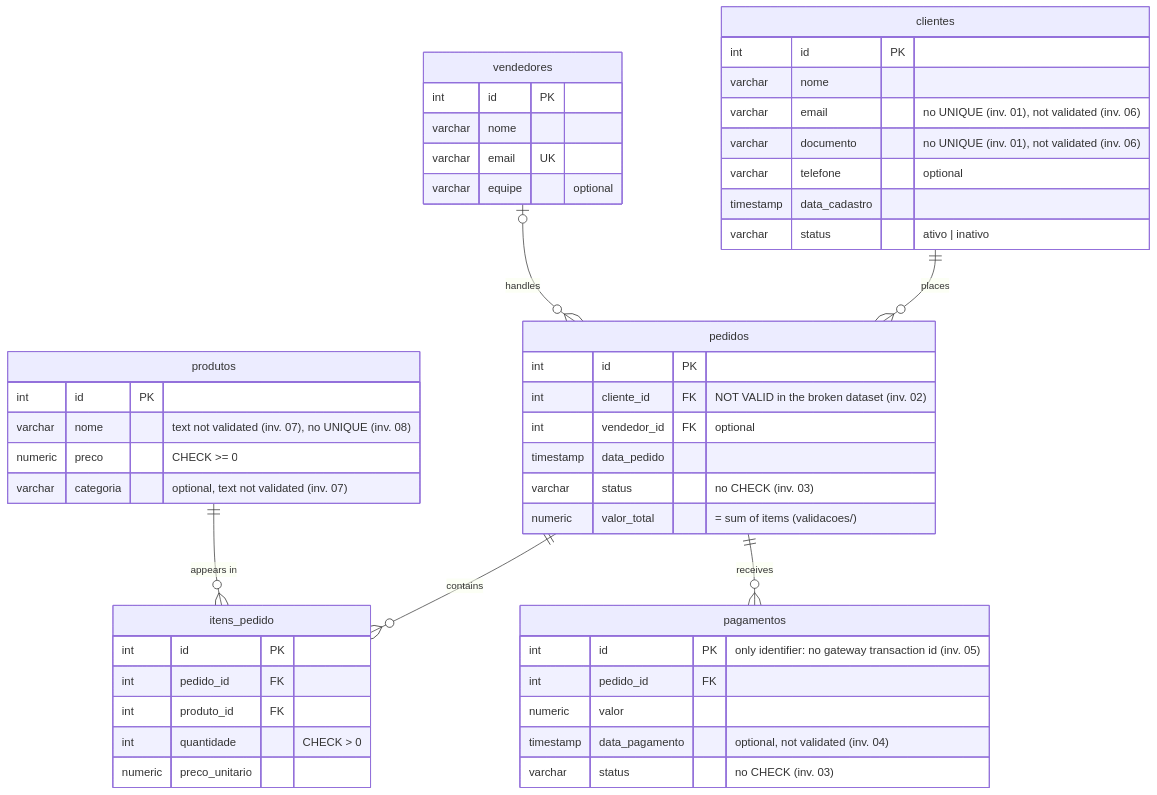
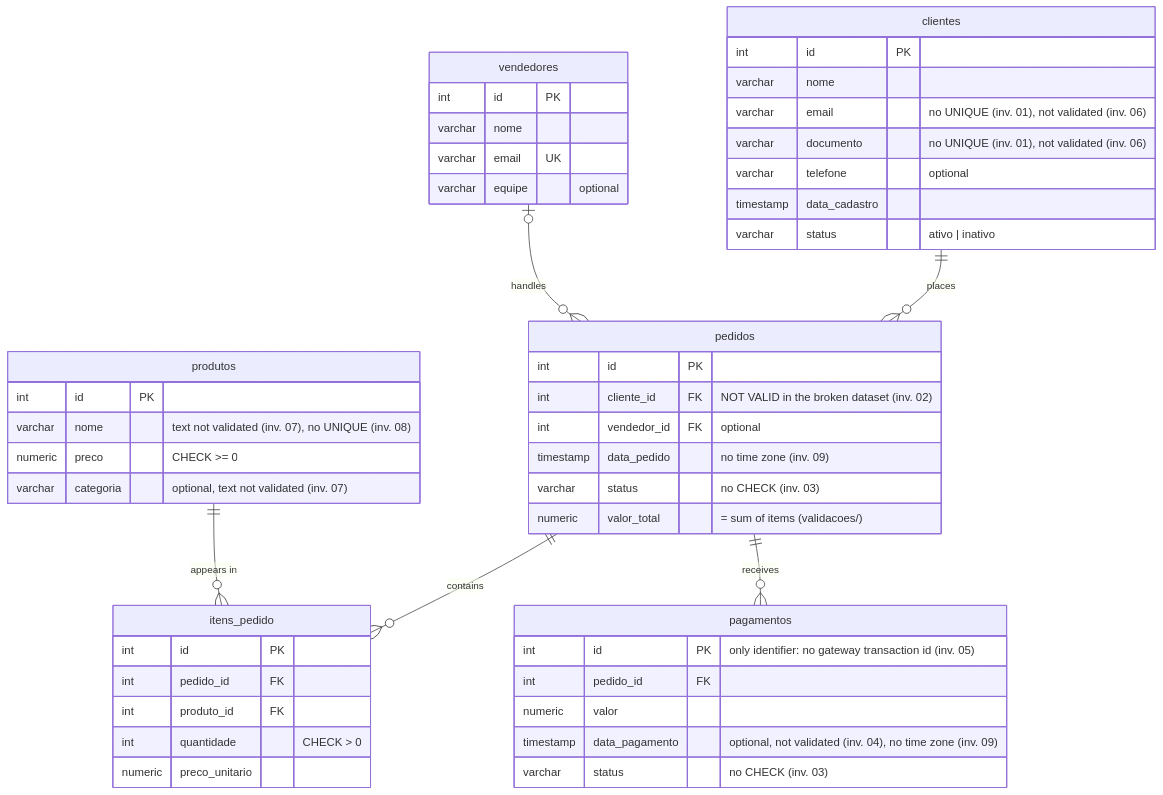
The diagram in README.en.md (ThomasTDS/sql-defect-investigation), drawn with Mermaid before and after one commit. The commit also changed other lines of this file and 17 other files, not shown here.

````diff
--- a/README.en.md
+++ b/README.en.md
@@ -29,57 +29,57 @@
 ```mermaid
 erDiagram
     clientes ||--o{ pedidos : "places"
     vendedores |o--o{ pedidos : "handles"
     pedidos ||--o{ itens_pedido : "contains"
     produtos ||--o{ itens_pedido : "appears in"
     pedidos ||--o{ pagamentos : "receives"
 
     clientes {
         int id PK
         varchar nome
         varchar email "no UNIQUE (inv. 01), not validated (inv. 06)"
         varchar documento "no UNIQUE (inv. 01), not validated (inv. 06)"
         varchar telefone "optional"
         timestamp data_cadastro
         varchar status "ativo | inativo"
     }
 
     vendedores {
         int id PK
         varchar nome
         varchar email UK
         varchar equipe "optional"
     }
 
     produtos {
         int id PK
         varchar nome "text not validated (inv. 07), no UNIQUE (inv. 08)"
         numeric preco "CHECK >= 0"
         varchar categoria "optional, text not validated (inv. 07)"
     }
 
     pedidos {
         int id PK
         int cliente_id FK "NOT VALID in the broken dataset (inv. 02)"
         int vendedor_id FK "optional"
-        timestamp data_pedido
+        timestamp data_pedido "no time zone (inv. 09)"
         varchar status "no CHECK (inv. 03)"
         numeric valor_total "= sum of items (validacoes/)"
     }
 
     itens_pedido {
         int id PK
         int pedido_id FK
         int produto_id FK
         int quantidade "CHECK > 0"
         numeric preco_unitario
     }
 
     pagamentos {
         int id PK "only identifier: no gateway transaction id (inv. 05)"
         int pedido_id FK
         numeric valor
-        timestamp data_pagamento "optional, not validated (inv. 04)"
+        timestamp data_pagamento "optional, not validated (inv. 04), no time zone (inv. 09)"
         varchar status "no CHECK (inv. 03)"
     }
 ```
````
